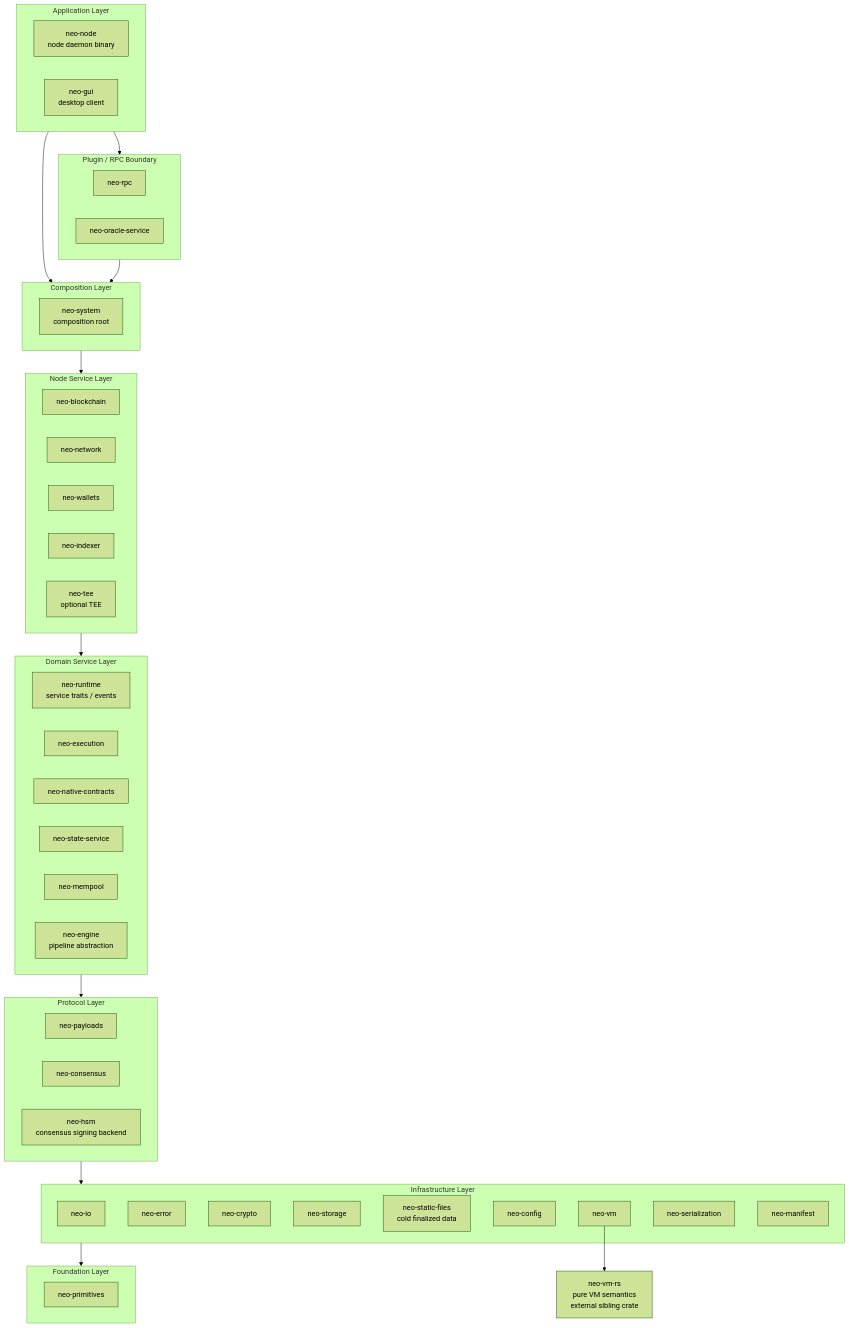
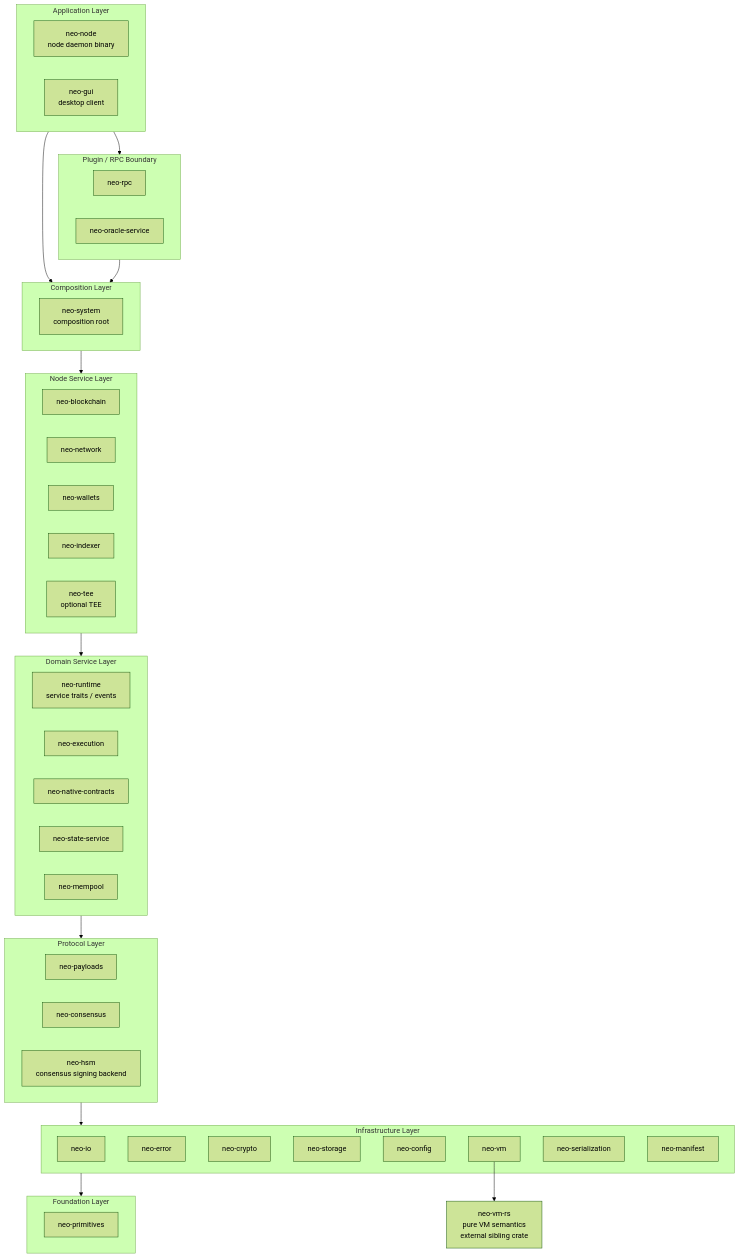
Before and after one commit to r3e-network/neo-rs: the diagram in docs/architecture.md, drawn with Mermaid (forest theme). The commit also changed other lines of this file and 3 other files, not shown here.

First line of the commit message:
Phase 5 docs: reconcile architecture/README/STATE/overview to ADR-027..032

````diff
--- a/docs/architecture.md
+++ b/docs/architecture.md
@@ -24,67 +24,65 @@
 ```mermaid
 flowchart TD
     subgraph APP["Application Layer"]
         node[neo-node<br/>node daemon binary]
         gui[neo-gui<br/>desktop client]
     end
 
     subgraph PLUG["Plugin / RPC Boundary"]
         rpc[neo-rpc]
         oracle[neo-oracle-service]
     end
 
     subgraph COMP["Composition Layer"]
         system[neo-system<br/>composition root]
     end
 
     subgraph SVC["Node Service Layer"]
         blockchain[neo-blockchain]
         network[neo-network]
         wallets[neo-wallets]
         indexer[neo-indexer]
         tee[neo-tee<br/>optional TEE]
     end
 
     subgraph DOM["Domain Service Layer"]
         runtime[neo-runtime<br/>service traits / events]
         execution[neo-execution]
         natives[neo-native-contracts]
         state[neo-state-service]
         mempool[neo-mempool]
-        engine[neo-engine<br/>pipeline abstraction]
     end
 
     subgraph PROTO["Protocol Layer"]
         payloads[neo-payloads]
         consensus[neo-consensus]
         hsm[neo-hsm<br/>consensus signing backend]
     end
 
     subgraph INF["Infrastructure Layer"]
         io[neo-io]
         error[neo-error]
         crypto[neo-crypto]
         storage[neo-storage]
-        static_files[neo-static-files<br/>cold finalized data]
         config[neo-config]
         vm[neo-vm]
         serialization[neo-serialization]
         manifest[neo-manifest]
     end
 
     subgraph FND["Foundation Layer"]
         primitives[neo-primitives]
     end
 
     extvm[neo-vm-rs<br/>pure VM semantics<br/>external sibling crate]
 
     APP --> PLUG
     APP --> COMP
     PLUG --> COMP
     COMP --> SVC
     SVC --> DOM
     DOM --> PROTO
     PROTO --> INF
     INF --> FND
     vm --> extvm
 ```
````
